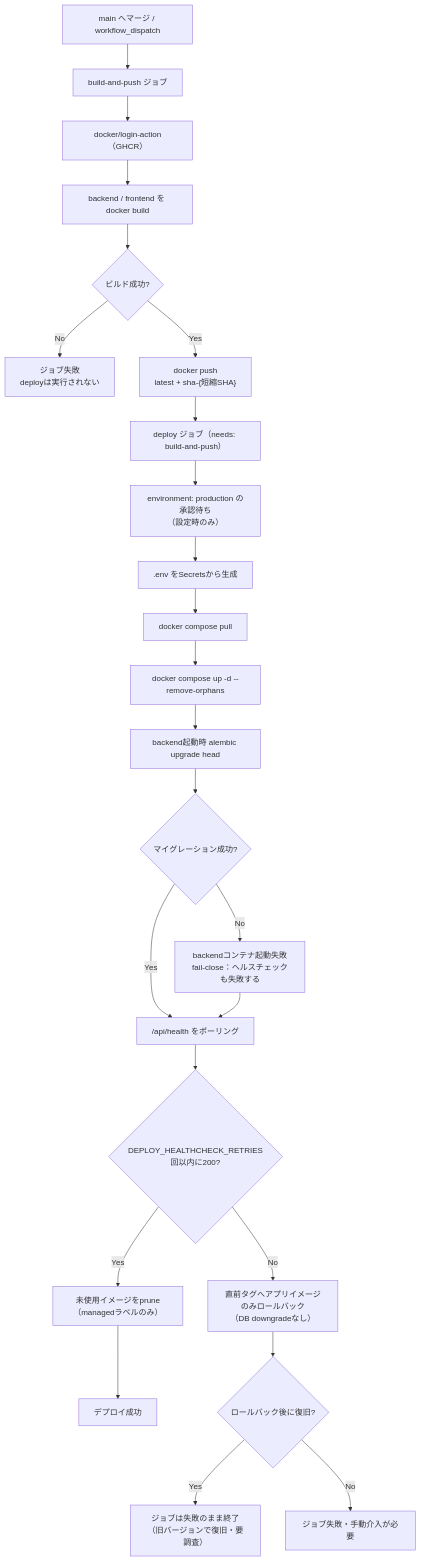
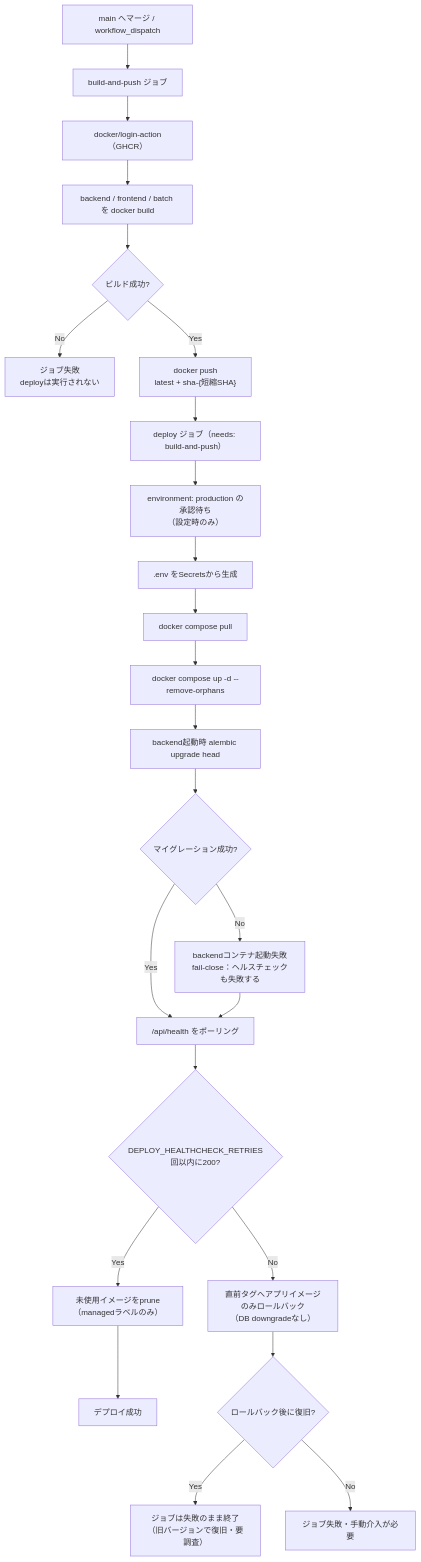
The third of 5 diagrams in detailed_design/infra/06_cd_workflow.md (oikawa-d/task_management), drawn with Mermaid before and after one commit. The commit also changed other lines of this file and 3 other files, not shown here.

````diff
--- a/detailed_design/infra/06_cd_workflow.md
+++ b/detailed_design/infra/06_cd_workflow.md
@@ -122,26 +122,26 @@
 ```mermaid
 flowchart TB
     A["main へマージ / workflow_dispatch"] --> B["build-and-push ジョブ"]
     B --> C["docker/login-action（GHCR）"]
-    C --> D["backend / frontend を docker build"]
+    C --> D["backend / frontend / batch を docker build"]
     D --> E{"ビルド成功?"}
     E -->|No| F1["ジョブ失敗<br/>deployは実行されない"]
     E -->|Yes| G["docker push<br/>latest + sha-{短縮SHA}"]
     G --> H["deploy ジョブ（needs: build-and-push）"]
     H --> I["environment: production の承認待ち<br/>（設定時のみ）"]
     I --> J[".env をSecretsから生成"]
     J --> K["docker compose pull"]
     K --> L["docker compose up -d --remove-orphans"]
     L --> M["backend起動時 alembic upgrade head"]
     M --> N{"マイグレーション成功?"}
     N -->|No| O1["backendコンテナ起動失敗<br/>fail-close：ヘルスチェックも失敗する"]
     N -->|Yes| P["/api/health をポーリング"]
     O1 --> P
     P --> Q{"DEPLOY_HEALTHCHECK_RETRIES回以内に200?"}
     Q -->|Yes| R["未使用イメージをprune（managedラベルのみ）"]
     R --> S["デプロイ成功"]
     Q -->|No| T["直前タグへアプリイメージのみロールバック<br/>（DB downgradeなし）"]
     T --> U{"ロールバック後に復旧?"}
     U -->|Yes| V["ジョブは失敗のまま終了<br/>（旧バージョンで復旧・要調査）"]
     U -->|No| W["ジョブ失敗・手動介入が必要"]
 ```
````
